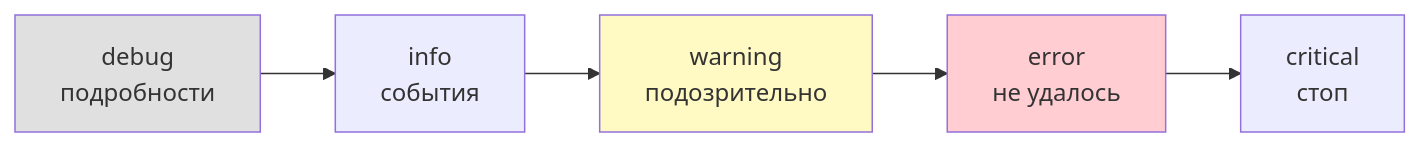
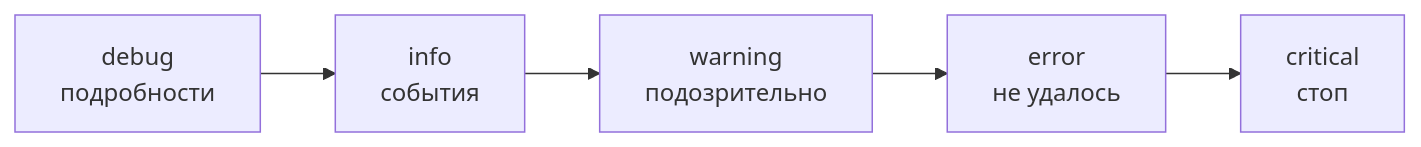
Before and after one commit to JayStorm228/College: the fourth of 5 diagrams in 02_Курсы/01. Инженерные практики Python/01_Лекции/09. Отладка и диагностика.md, drawn with Mermaid. The commit also changed other lines of this file and 30 other files, not shown here.

First line of the commit message:
переименование NumPy лекций под академические заголовки + стандартные диаграммы

````diff
--- a/02_Курсы/01. Инженерные практики Python/01_Лекции/09. Отладка и диагностика.md
+++ b/02_Курсы/01. Инженерные практики Python/01_Лекции/09. Отладка и диагностика.md
@@ -180,10 +175,7 @@
 ```mermaid
 flowchart LR
   D[debug<br>подробности] --> I[info<br>события]
   I --> W[warning<br>подозрительно]
   W --> E[error<br>не удалось]
   E --> C[critical<br>стоп]
-  style D fill:#e0e0e0
-  style W fill:#fff9c4
-  style E fill:#ffcdd2
 ```
````
